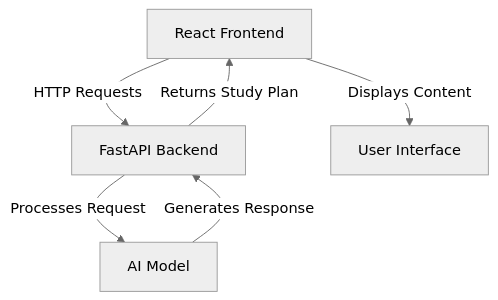
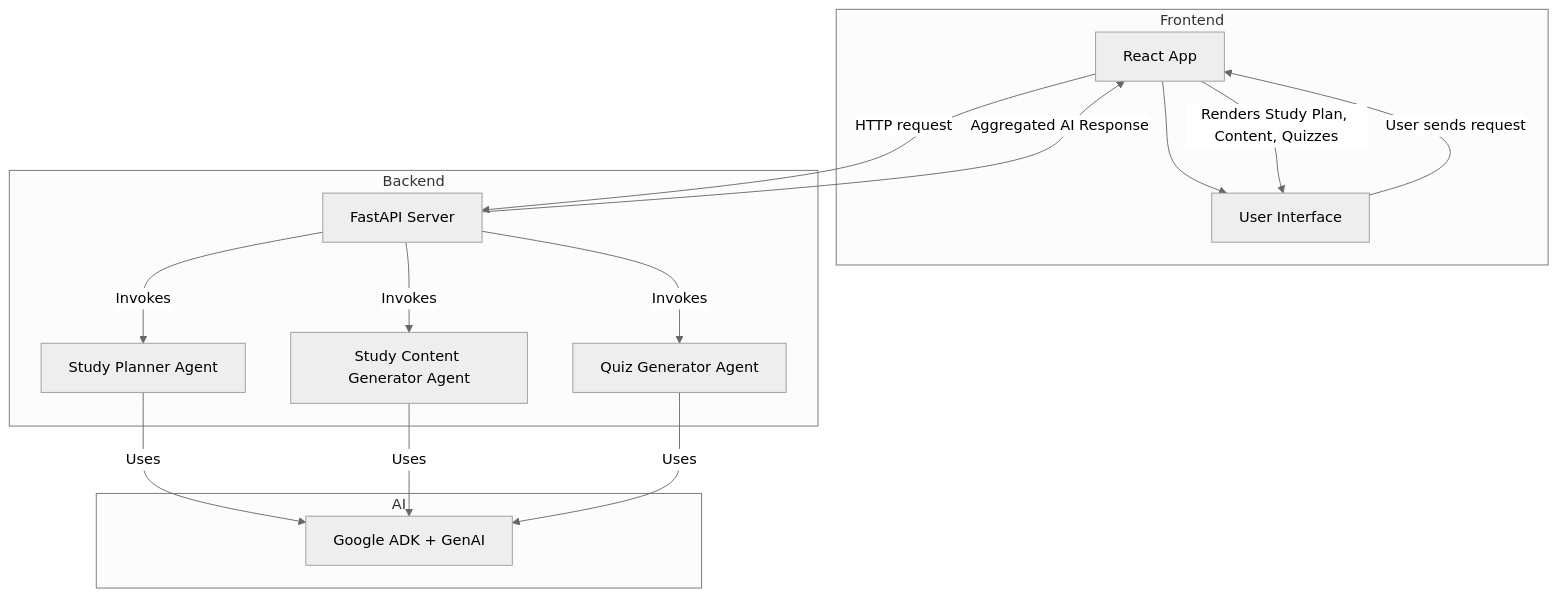
One commit to ajay2696/learning_assistant changed the diagram in README.md. Above: the diagram before and after it, drawn with Mermaid (neutral theme).

Commit message:
Feat: Updated Arch Diagram

````diff
--- a/README.md
+++ b/README.md
@@ -7,8 +7,29 @@
 ```mermaid
 graph TD
-    A[React Frontend] -->|HTTP Requests| B[FastAPI Backend]
-    B -->|Processes Request| C[AI Model]
-    C -->|Generates Response| B
-    B -->|Returns Study Plan| A
-    A -->|Displays Content| D[User Interface]
+    subgraph Frontend
+        A[React App] --> B[User Interface]
+    end
+
+    subgraph Backend
+        C[FastAPI Server]
+        C1[Study Planner Agent]
+        C2[Study Content Generator Agent]
+        C3[Quiz Generator Agent]
+        C -->|Invokes| C1
+        C -->|Invokes| C2
+        C -->|Invokes| C3
+    end
+
+    subgraph AI
+        D[Google ADK + GenAI]
+    end
+
+    B -->|User sends request| A
+    A -->|HTTP request| C
+    C1 -->|Uses| D
+    C2 -->|Uses| D
+    C3 -->|Uses| D
+    C -->|Aggregated AI Response| A
+    A -->|Renders Study Plan, Content, Quizzes| B
+
 ```
````
